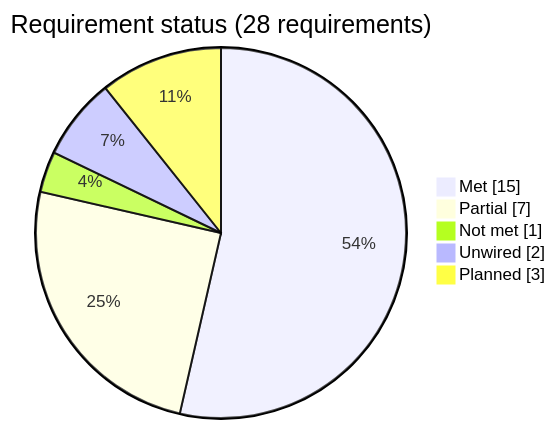
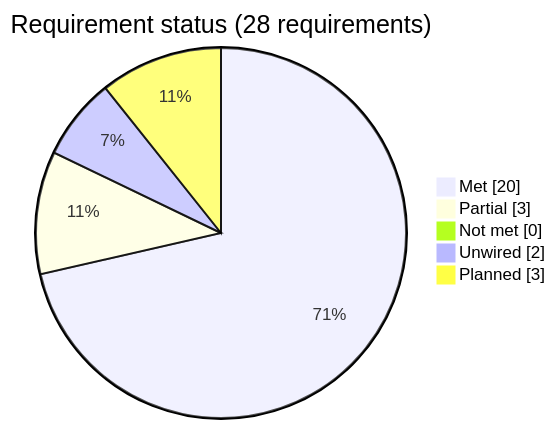
The second of 3 diagrams in docs/REVIEW.md (winfrees/drive-fusion), drawn with Mermaid before and after one commit. The commit also changed other lines of this file and 37 other files, not shown here.

````diff
--- a/docs/REVIEW.md
+++ b/docs/REVIEW.md
@@ -164,9 +164,9 @@
 ```mermaid
 pie showData
     title Requirement status (28 requirements)
-    "Met" : 15
-    "Partial" : 7
-    "Not met" : 1
+    "Met" : 20
+    "Partial" : 3
+    "Not met" : 0
     "Unwired" : 2
     "Planned" : 3
 ```
````
